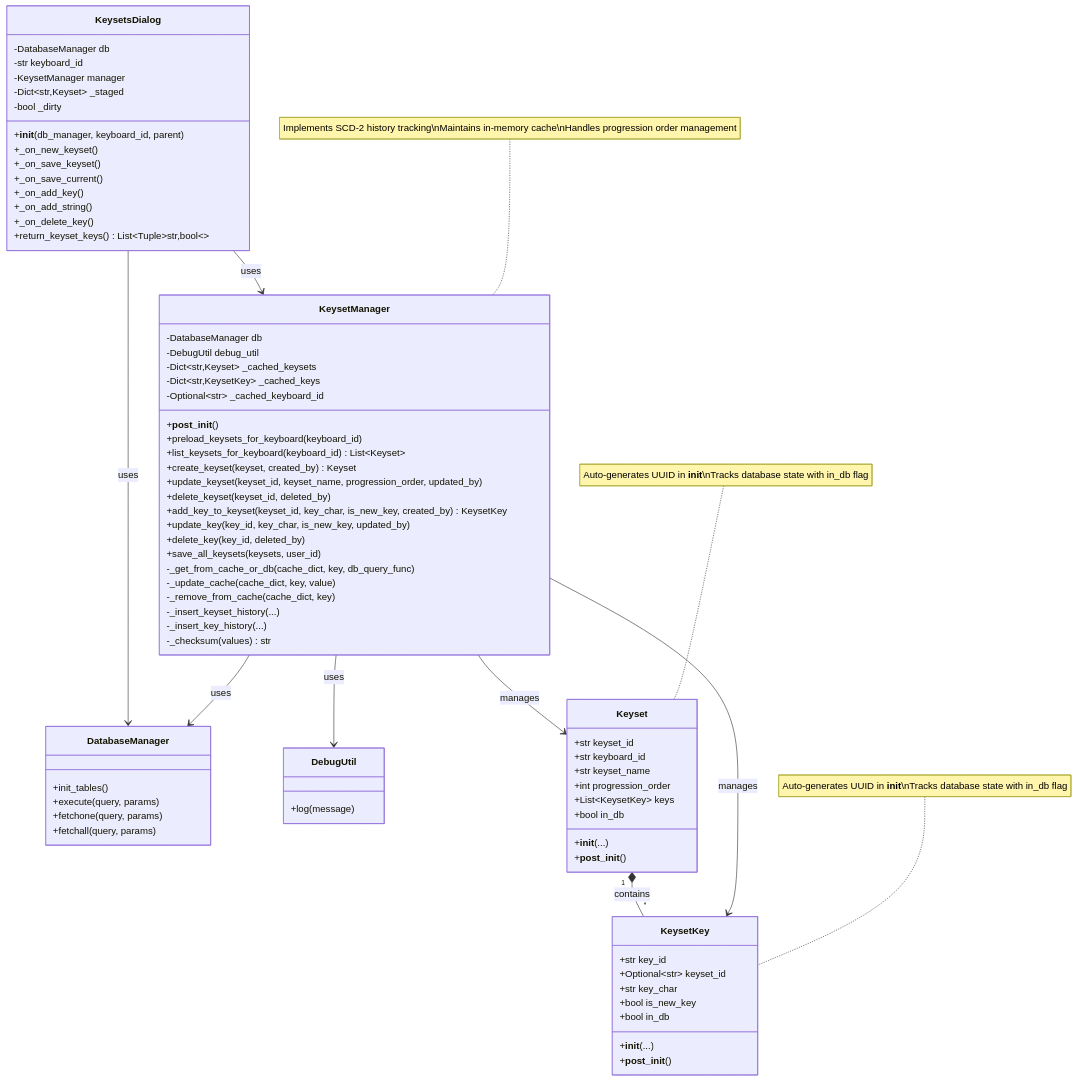
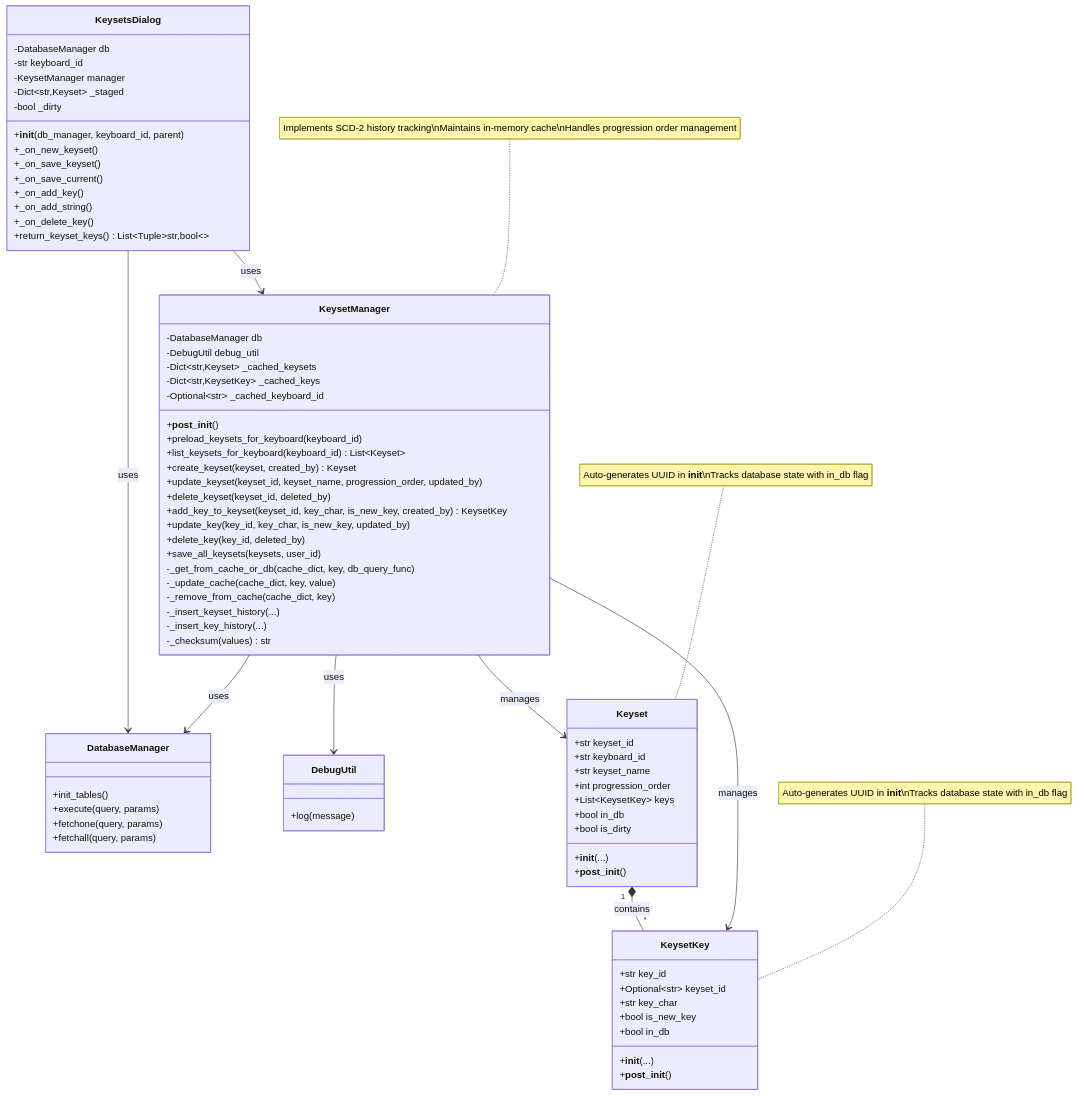
Before and after one commit to SeanAdams10/AITypingTrainer: the diagram in Prompts/Keysets.md, drawn with Mermaid. The commit also changed other lines of this file and 6 other files, not shown here.

```diff
--- a/Prompts/Keysets.md
+++ b/Prompts/Keysets.md
@@ -351,6 +357,7 @@
         +int progression_order
         +List~KeysetKey~ keys
         +bool in_db
+        +bool is_dirty
         +__init__(...)
         +__post_init__()
     }
```
